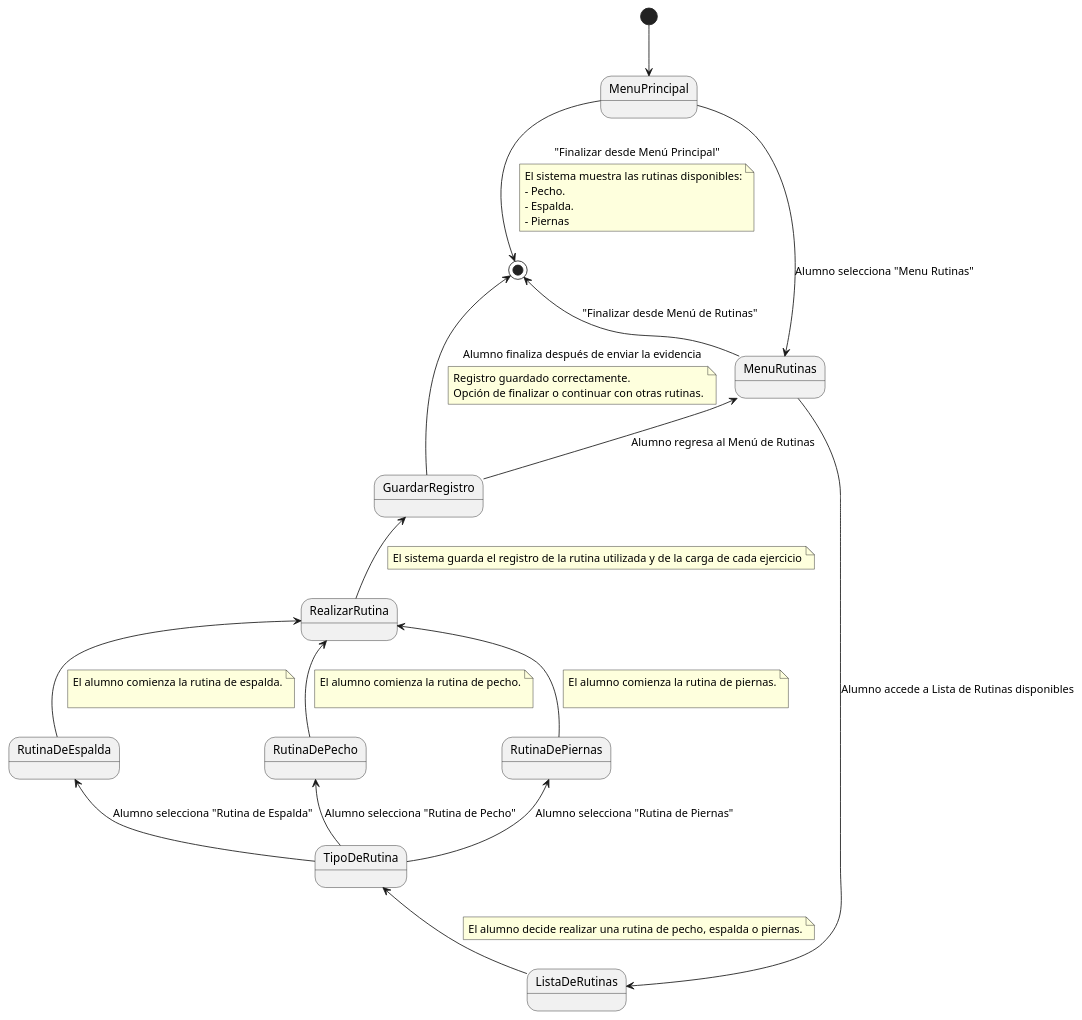
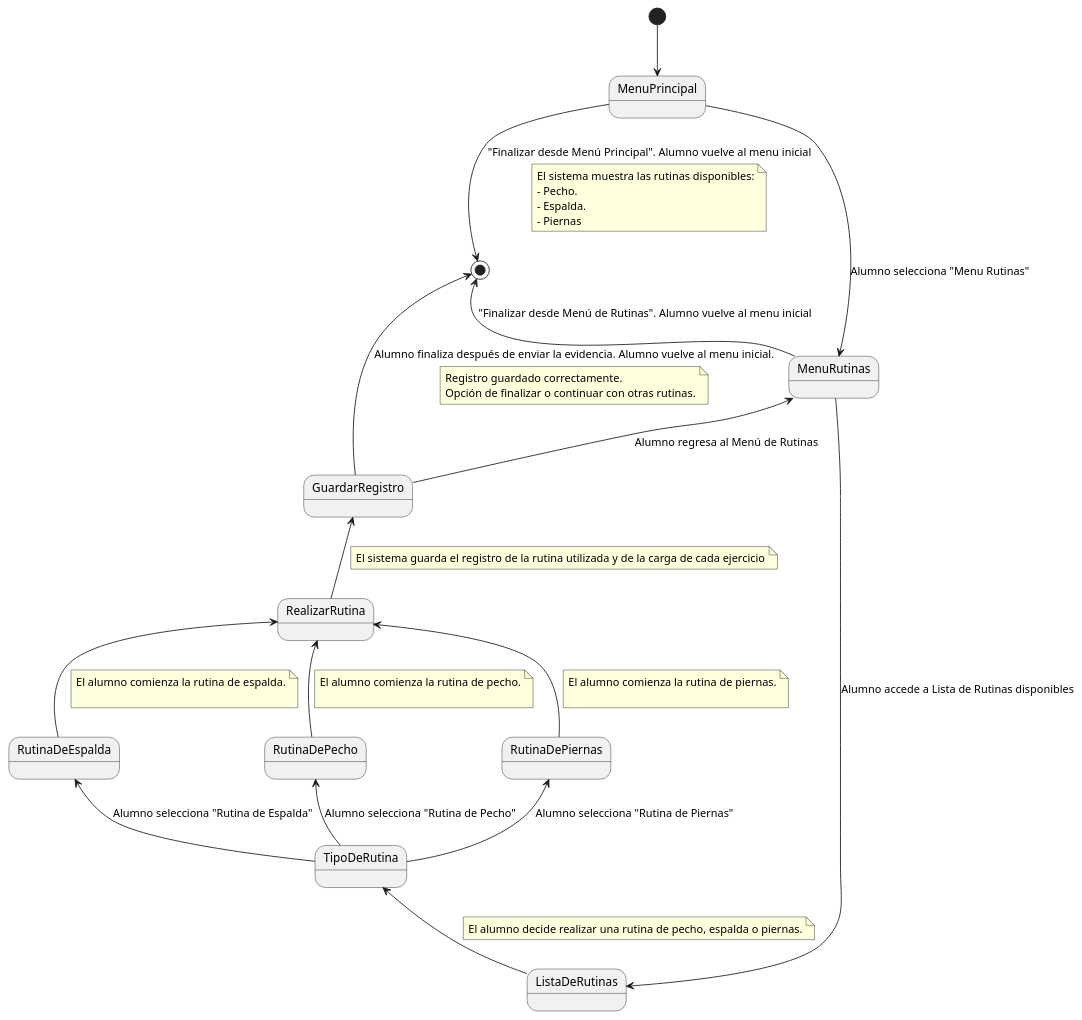
One commit to mmasias/24-25-IdSw1-SDR changed the diagram in Documentos/DetallarCasosDeUso/CompletarRutinas.puml. Above: the diagram before and after it, drawn with PlantUML. The commit also changed 5 other files, not shown here.

```diff
--- a/Documentos/DetallarCasosDeUso/CompletarRutinas.puml
+++ b/Documentos/DetallarCasosDeUso/CompletarRutinas.puml
@@ -1,55 +1,55 @@
 @startuml
 
 [*] --> MenuPrincipal 
 
 MenuPrincipal --> MenuRutinas : Alumno selecciona "Menu Rutinas"
-MenuPrincipal --> [*] : "Finalizar desde Menú Principal"
+MenuPrincipal --> [*] : "Finalizar desde Menú Principal". Alumno vuelve al menu inicial
 note on link
     El sistema muestra las rutinas disponibles:
     - Pecho.
     - Espalda.
     - Piernas
 end note
 MenuRutinas -u-> ListaDeRutinas : Alumno accede a Lista de Rutinas disponibles
-MenuRutinas -u-> [*] : "Finalizar desde Menú de Rutinas"
+MenuRutinas -u-> [*] : "Finalizar desde Menú de Rutinas". Alumno vuelve al menu inicial
 
 
 ListaDeRutinas -u-> TipoDeRutina
 note on link
     El alumno decide realizar una rutina de pecho, espalda o piernas.
 end note
 
 state TipoDeRutina <<choice>>
 TipoDeRutina -u-> RutinaDePecho : Alumno selecciona "Rutina de Pecho"
 TipoDeRutina -u-> RutinaDeEspalda : Alumno selecciona "Rutina de Espalda"
 TipoDeRutina -u-> RutinaDePiernas : Alumno selecciona "Rutina de Piernas"
 
 RutinaDePecho -u-> RealizarRutina
 note on link
     El alumno comienza la rutina de pecho.
     
 end note
 RutinaDeEspalda -u-> RealizarRutina
 note on link
     El alumno comienza la rutina de espalda.
     
 end note
 RutinaDePiernas -u-> RealizarRutina
 note on link
     El alumno comienza la rutina de piernas.
     
 end note
 
 RealizarRutina -u-> GuardarRegistro
 note on link
     El sistema guarda el registro de la rutina utilizada y de la carga de cada ejercicio
 end note
 
 GuardarRegistro  -u-> MenuRutinas : Alumno regresa al Menú de Rutinas
-GuardarRegistro -u-> [*] : Alumno finaliza después de enviar la evidencia
+GuardarRegistro -u-> [*] : Alumno finaliza después de enviar la evidencia. Alumno vuelve al menu inicial.
 note on link
     Registro guardado correctamente. 
     Opción de finalizar o continuar con otras rutinas.
 end note
 
 @enduml
```
